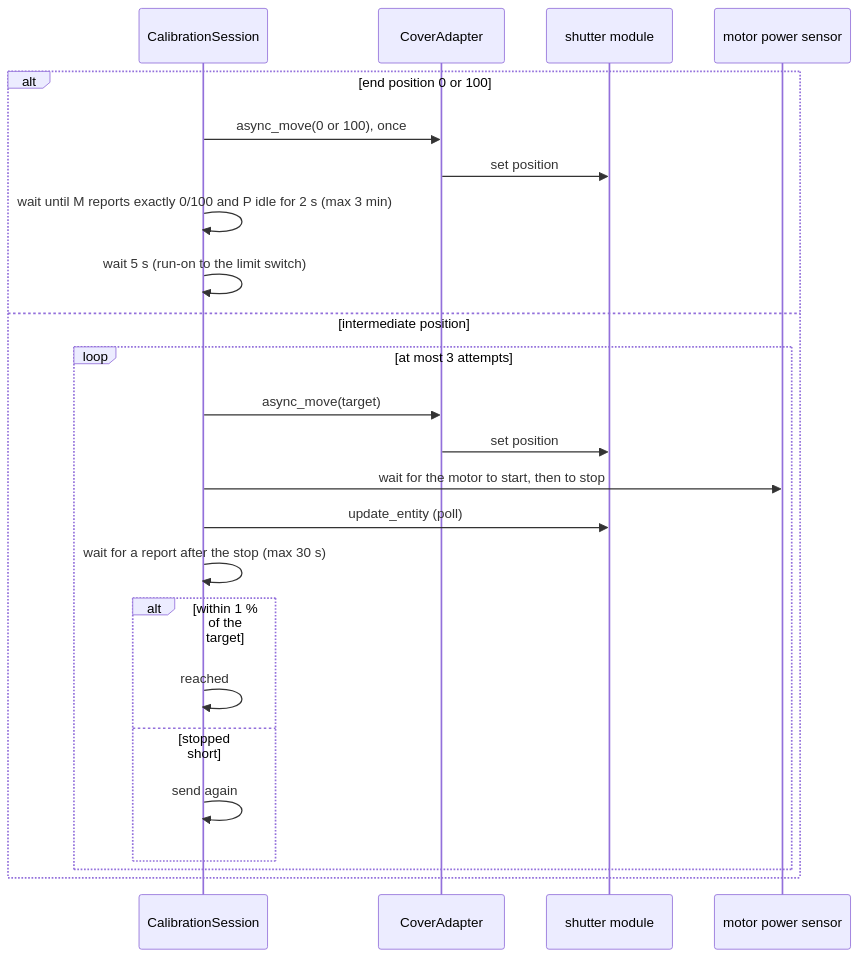
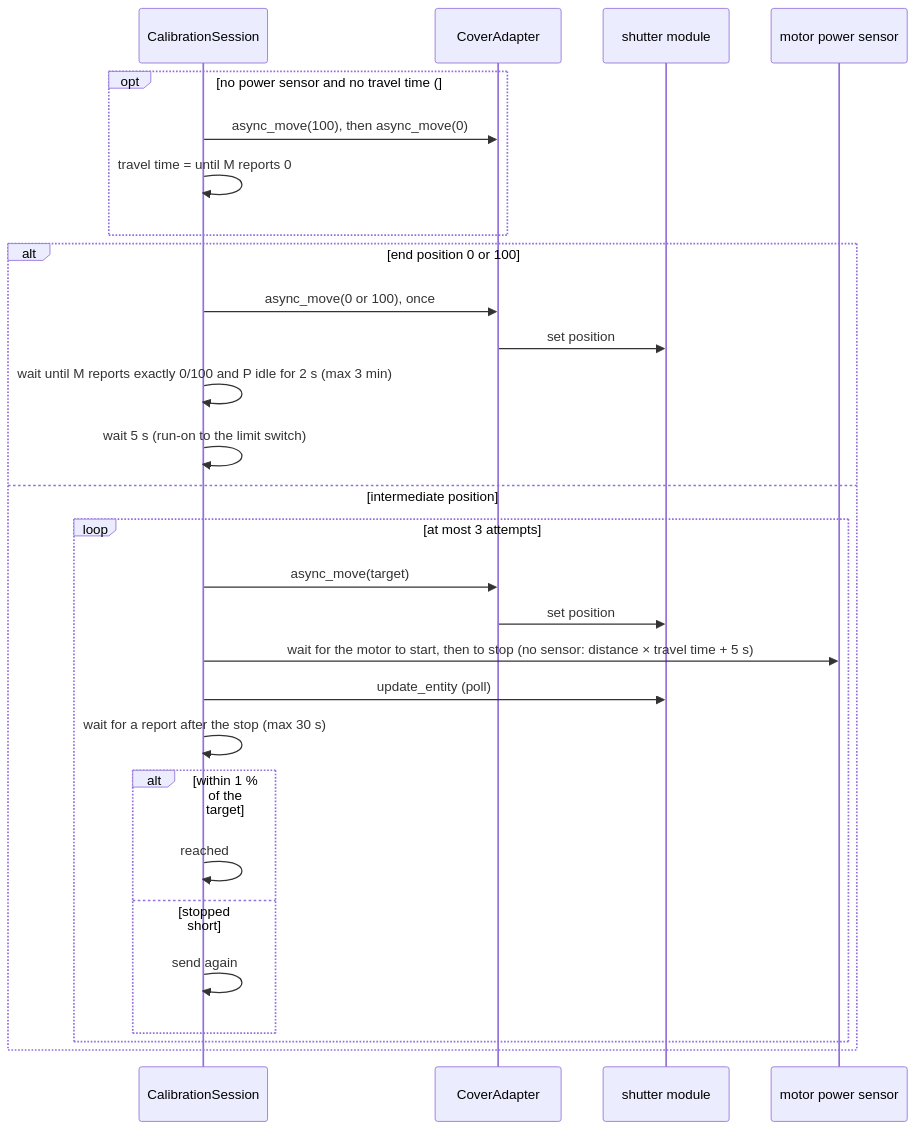
The tenth of 16 diagrams in docs/architecture.md (abroeders/smart-shutter-control), drawn with Mermaid before and after one commit. The commit also changed other lines of this file and 2 other files, not shown here.

Commit message:
docs: calibration without a motor power sensor (#18)

````diff
--- a/docs/architecture.md
+++ b/docs/architecture.md
@@ -330,26 +333,30 @@
 ```mermaid
 sequenceDiagram
     participant S as CalibrationSession
     participant A as CoverAdapter
     participant M as shutter module
     participant P as motor power sensor
+    opt no power sensor and no travel time (#18)
+        S->>A: async_move(100), then async_move(0)
+        S->>S: travel time = until M reports 0
+    end
     alt end position 0 or 100
         S->>A: async_move(0 or 100), once
         A->>M: set position
         S->>S: wait until M reports exactly 0/100 and P idle for 2 s (max 3 min)
         S->>S: wait 5 s (run-on to the limit switch)
     else intermediate position
         loop at most 3 attempts
             S->>A: async_move(target)
             A->>M: set position
-            S->>P: wait for the motor to start, then to stop
+            S->>P: wait for the motor to start, then to stop (no sensor: distance × travel time + 5 s)
             S->>M: update_entity (poll)
             S->>S: wait for a report after the stop (max 30 s)
             alt within 1 % of the target
                 S->>S: reached
             else stopped short
                 S->>S: send again
             end
         end
     end
 ```
````
